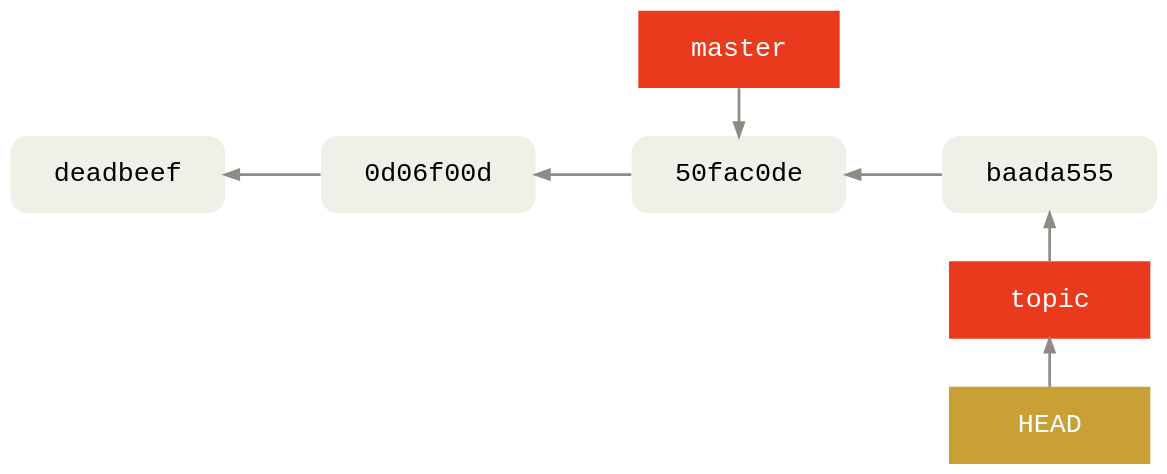
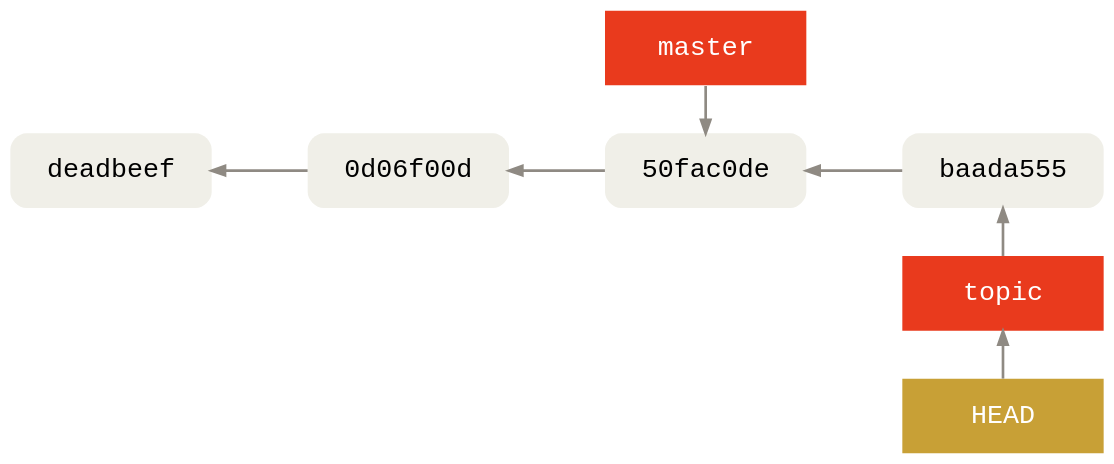
One commit to agross/git-reveal changed the diagram in images/branching/5-advance-topic.gv. Above: the diagram before and after it, drawn with Graphviz. The commit also changed 111 other files, not shown here.

Commit message:
Recompute GraphViz images with new margins (required after gv update)

```diff
--- a/images/branching/5-advance-topic.gv
+++ b/images/branching/5-advance-topic.gv
@@ -1,45 +1,45 @@
 digraph Git {
   bgcolor="transparent"
 
   rankdir=LR
   ranksep=1
   nodesep=.5
 
   edge [color="#8f8a83"
         penwidth=2
         dir="back"]
   node [shape=box
         fontname="Menlo, Monaco, Consolas, Lucida Console, Courier New, monospace"
         fontsize=20
-        margin=".45,.25"
+        margin=".2,.23"
         width=2.1
         penwidth=0]
 
   node [style="rounded,filled"
         fillcolor="#f0efe8"]
   A [label="deadbeef"]
   B [label="0d06f00d"]
   C [label="50fac0de"]
   D [label="baada555"]
 
   node [style="filled"
         fontcolor="#ffffff"
         fillcolor="#e93a1d"]
   HEAD [fillcolor="#c8a036"]
 
   A -> B -> C -> D
 
   subgraph cluster_master {
     style=invis
     {
       rank=same
       C -> master
     }
   }
 
   // No cluster draws label below.
   {
     rank=same
     D -> topic -> HEAD
   }
 }
```
